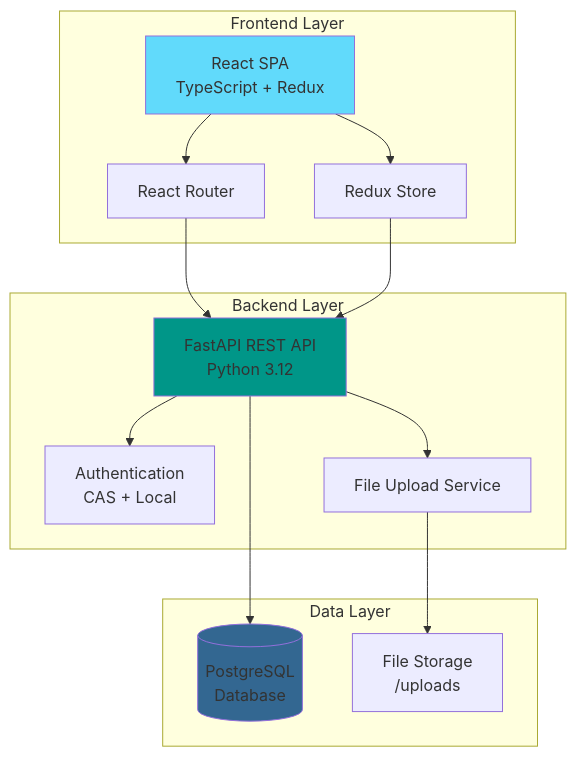
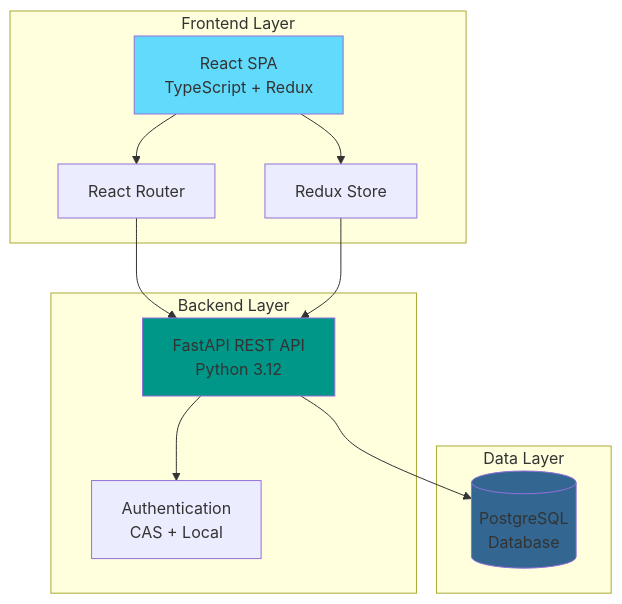
One commit to dartmouth/genji-lab changed the first of 2 diagrams in README.md. Above: the diagram before and after it, drawn with Mermaid. The commit also changed other lines of this file, not shown here.

Commit message:
Fixed Mermaid diagram layout

````diff
--- a/README.md
+++ b/README.md
@@ -51,32 +51,28 @@
 ```mermaid
 graph TB
     subgraph "Frontend Layer"
         UI[React SPA<br/>TypeScript + Redux]
         Router[React Router]
         Store[Redux Store]
     end
     
     subgraph "Backend Layer"
         API[FastAPI REST API<br/>Python 3.12]
         Auth[Authentication<br/>CAS + Local]
-        Upload[File Upload Service]
     end
     
     subgraph "Data Layer"
         DB[(PostgreSQL<br/>Database)]
-        Files[File Storage<br/>/uploads]
     end
     
     UI --> Router
     UI --> Store
     Router --> API
     Store --> API
     API --> Auth
-    API --> Upload
     API --> DB
-    Upload --> Files
     
     style UI fill:#61dafb
     style API fill:#009688
     style DB fill:#336791
 ```
````
